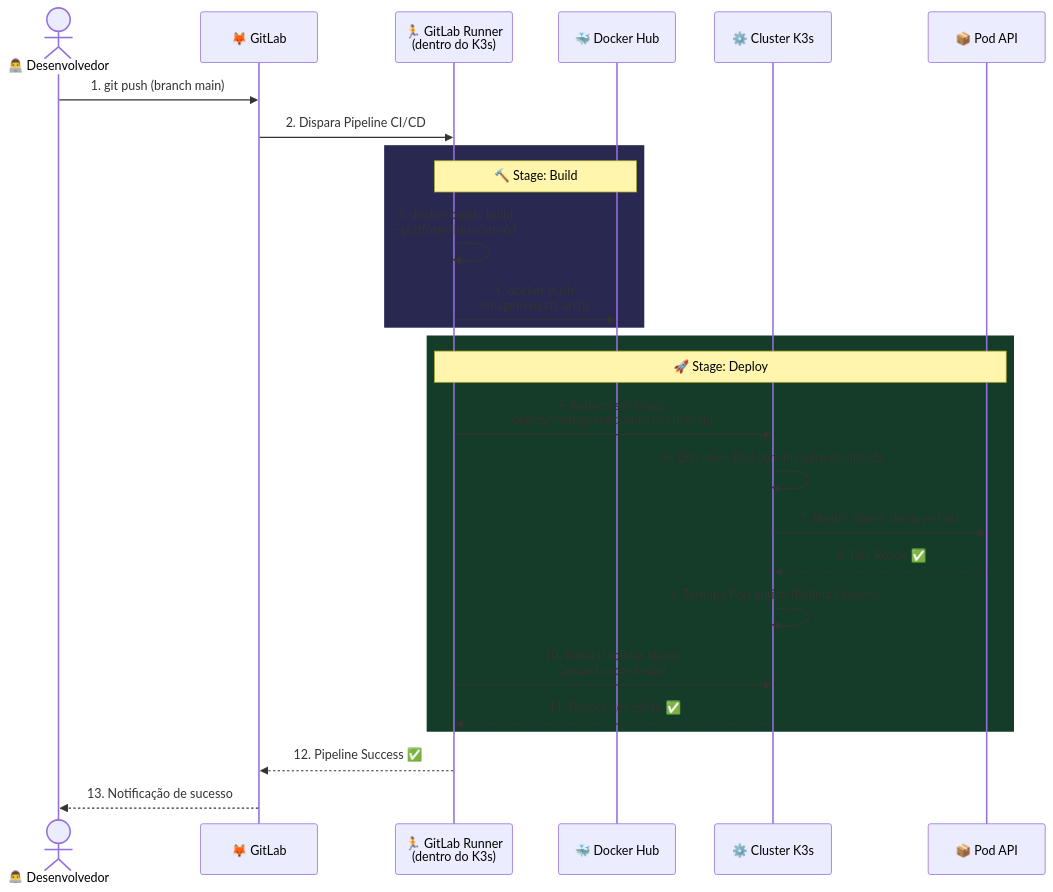
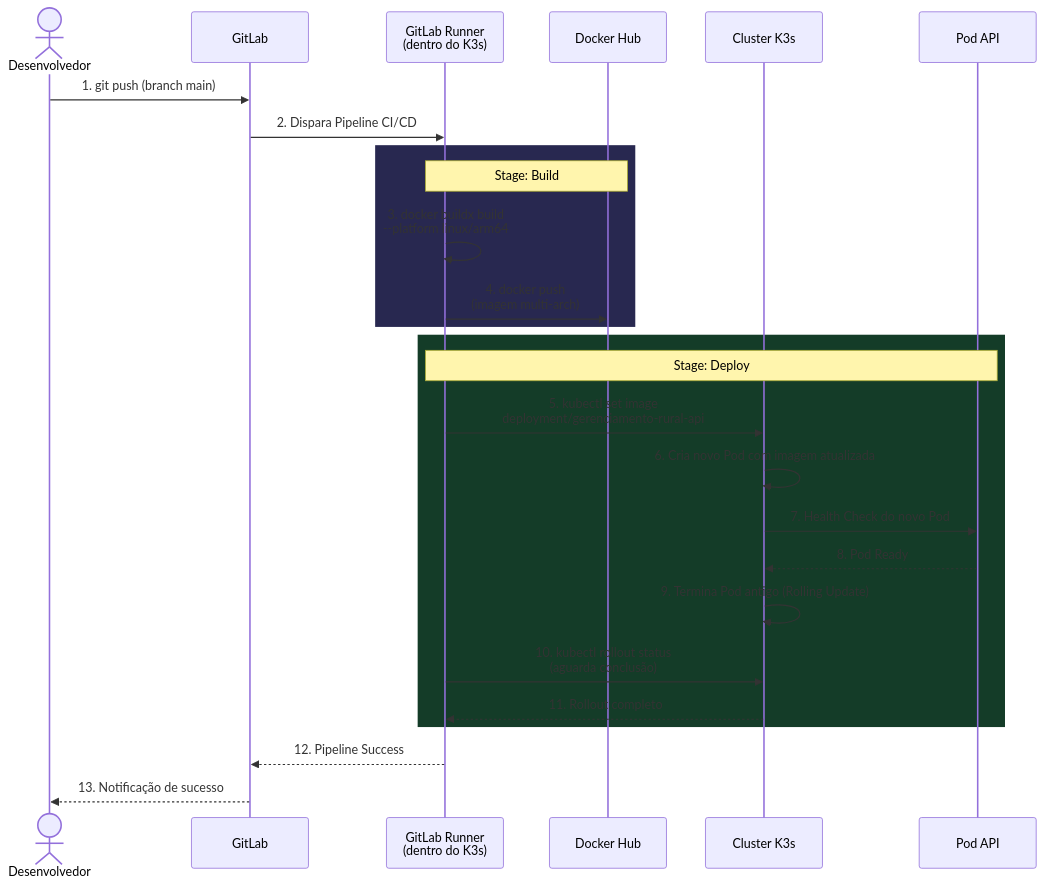
Before and after one commit to EduardoTartas/gerenciamento-rural-api: the second of 4 diagrams in deployment/infrastructure_diagram.md, drawn with Mermaid. The commit also changed other lines of this file and 3 other files, not shown here.

````diff
--- a/deployment/infrastructure_diagram.md
+++ b/deployment/infrastructure_diagram.md
@@ -83,32 +83,32 @@
 ```mermaid
 sequenceDiagram
-    actor Dev as 👨‍💻 Desenvolvedor
-    participant GL as 🦊 GitLab
-    participant Runner as 🏃 GitLab Runner<br/>(dentro do K3s)
-    participant DH as 🐳 Docker Hub
-    participant K3s as ⚙️ Cluster K3s
-    participant API as 📦 Pod API
+    actor Dev as Desenvolvedor
+    participant GL as GitLab
+    participant Runner as GitLab Runner<br/>(dentro do K3s)
+    participant DH as Docker Hub
+    participant K3s as Cluster K3s
+    participant API as Pod API
 
     Dev->>GL: 1. git push (branch main)
     GL->>Runner: 2. Dispara Pipeline CI/CD
     
     rect rgb(40, 40, 80)
-        Note over Runner,DH: 🔨 Stage: Build
+        Note over Runner,DH: Stage: Build
         Runner->>Runner: 3. docker buildx build<br/>--platform linux/arm64
         Runner->>DH: 4. docker push<br/>(imagem multi-arch)
     end
     
     rect rgb(20, 60, 40)
-        Note over Runner,API: 🚀 Stage: Deploy
+        Note over Runner,API: Stage: Deploy
         Runner->>K3s: 5. kubectl set image<br/>deployment/gerenciamento-rural-api
         K3s->>K3s: 6. Cria novo Pod com imagem atualizada
         K3s->>API: 7. Health Check do novo Pod
-        API-->>K3s: 8. Pod Ready ✅
+        API-->>K3s: 8. Pod Ready
         K3s->>K3s: 9. Termina Pod antigo (Rolling Update)
         Runner->>K3s: 10. kubectl rollout status<br/>(aguarda conclusão)
-        K3s-->>Runner: 11. Rollout completo ✅
+        K3s-->>Runner: 11. Rollout completo
     end
     
-    Runner-->>GL: 12. Pipeline Success ✅
+    Runner-->>GL: 12. Pipeline Success
     GL-->>Dev: 13. Notificação de sucesso
 ```
````
